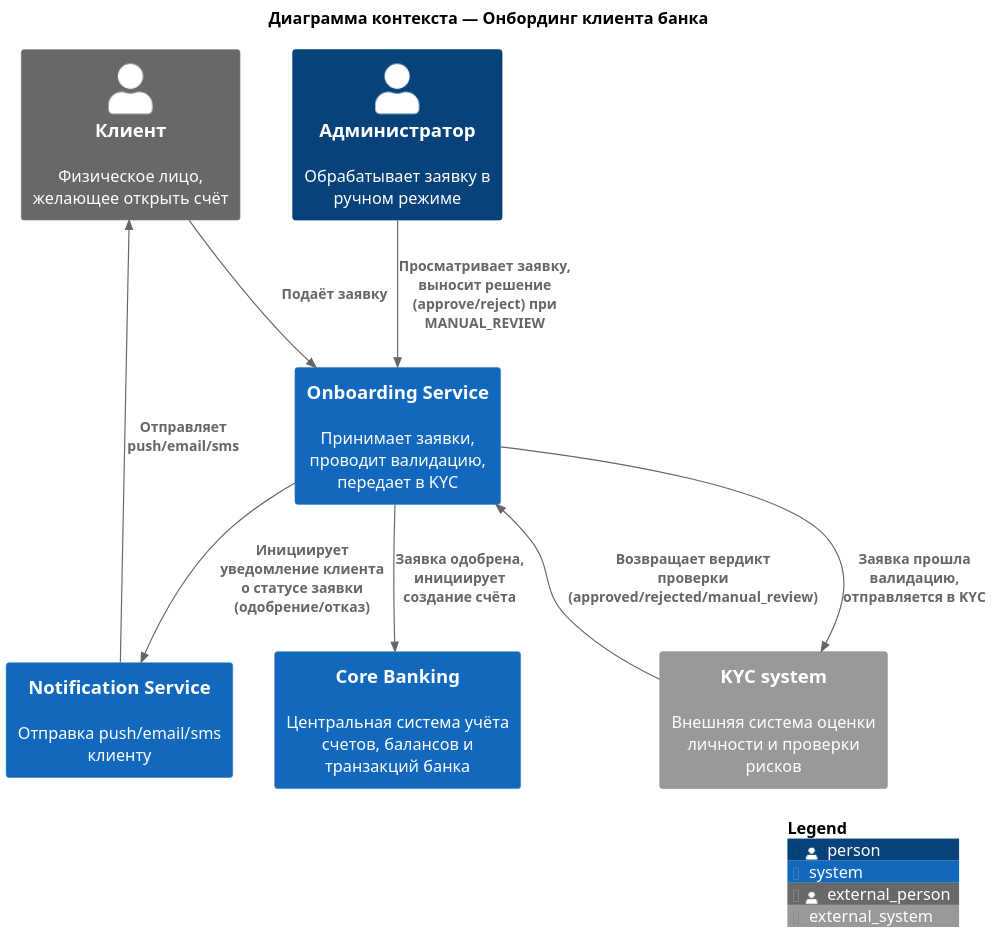
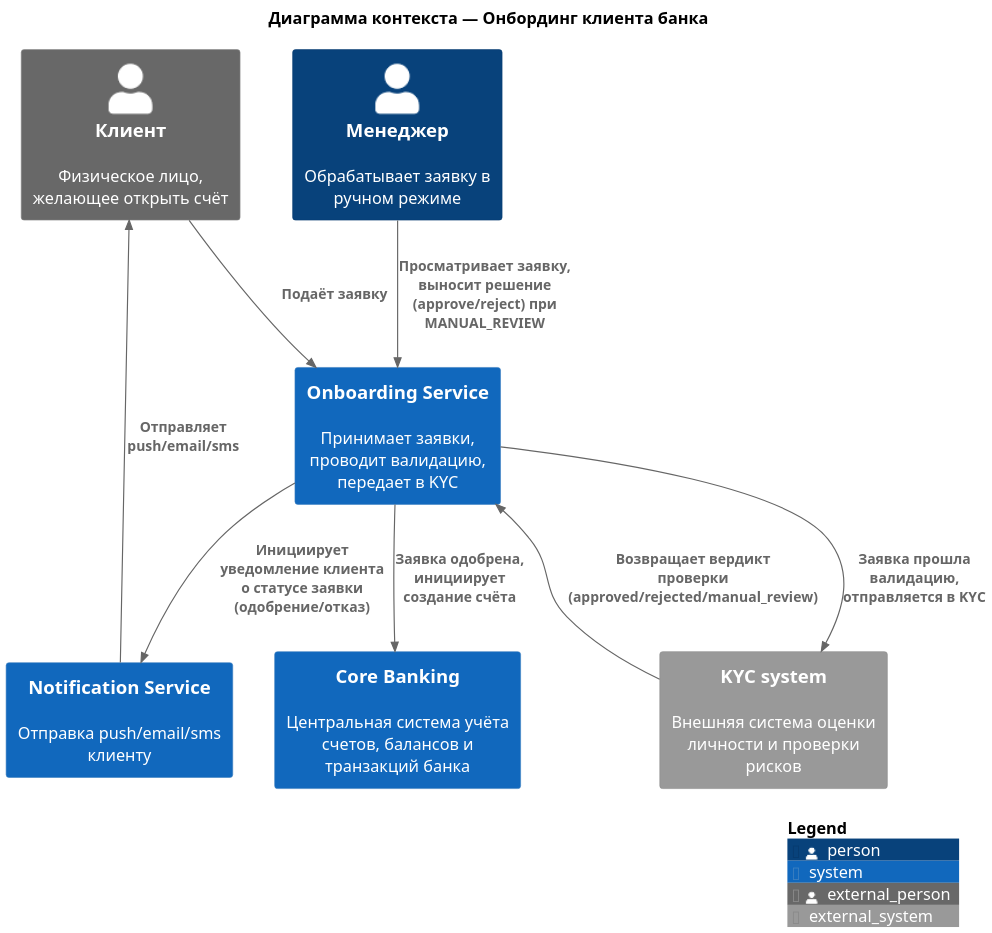
Before and after one commit to PulyaIvan/digital-client-onboarding: the diagram in diagrams/c4/C4 Диаграмма.puml, drawn with PlantUML. The commit also changed 17 other files, not shown here.

First line of the commit message:
feat: обновление спецификации OpenAPI и схемы базы данных для онбординга клиентов

```diff
--- a/diagrams/c4/C4 Диаграмма.puml
+++ b/diagrams/c4/C4 Диаграмма.puml
@@ -1,23 +1,23 @@
 @startuml C4_Context_Онбординг
 !include https://raw.githubusercontent.com/plantuml-stdlib/C4-PlantUML/master/C4_Context.puml
 title Диаграмма контекста — Онбординг клиента банка
 scale 2
 
 Person_Ext(Client, "Клиент", "Физическое лицо, желающее открыть счёт")
-Person(Admin, "Администратор", "Обрабатывает заявку в ручном режиме")
+Person(Manager, "Менеджер", "Обрабатывает заявку в ручном режиме")
 
 System(Onboarding, "Onboarding Service", "Принимает заявки, проводит валидацию, передает в KYC")
 System_Ext(KYC, "KYC system", "Внешняя система оценки личности и проверки рисков")
 System(Core_Banking, "Core Banking", "Центральная система учёта счетов, балансов и транзакций банка")
 System(Notification_service, "Notification Service", "Отправка push/email/sms клиенту")
 
 Rel(Client, Onboarding, "Подаёт заявку")
-Rel(Admin, Onboarding, "Просматривает заявку, выносит решение\n(approve/reject) при MANUAL_REVIEW")
+Rel(Manager, Onboarding, "Просматривает заявку, выносит решение\n(approve/reject) при MANUAL_REVIEW")
 Rel(Onboarding, KYC, "Заявка прошла валидацию, отправляется в KYC")
 Rel(KYC, Onboarding, "Возвращает вердикт проверки\n(approved/rejected/manual_review)")
 Rel(Onboarding, Core_Banking, "Заявка одобрена, инициирует\nсоздание счёта")
 Rel(Onboarding, Notification_service, "Инициирует уведомление клиента\nо статусе заявки (одобрение/отказ)")
 Rel(Notification_service, Client, "Отправляет push/email/sms")
 
 SHOW_LEGEND()
 @enduml
```
